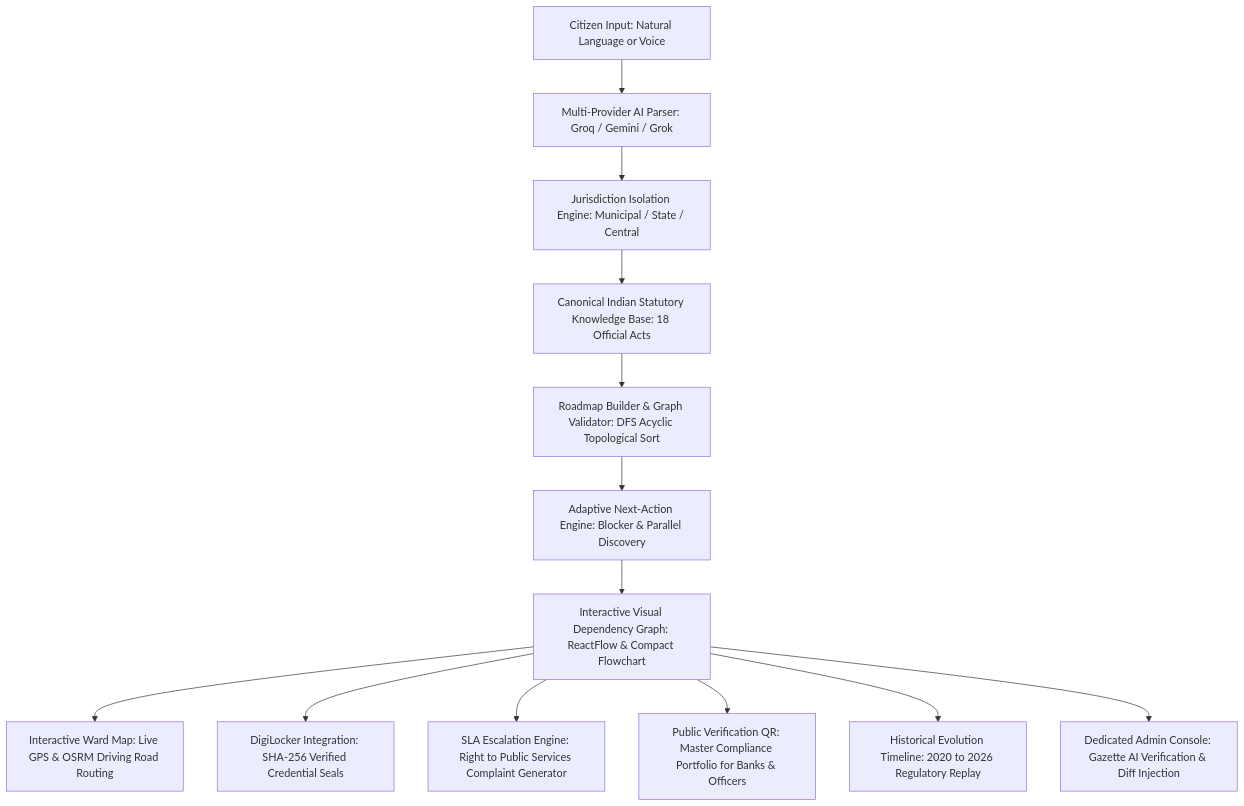
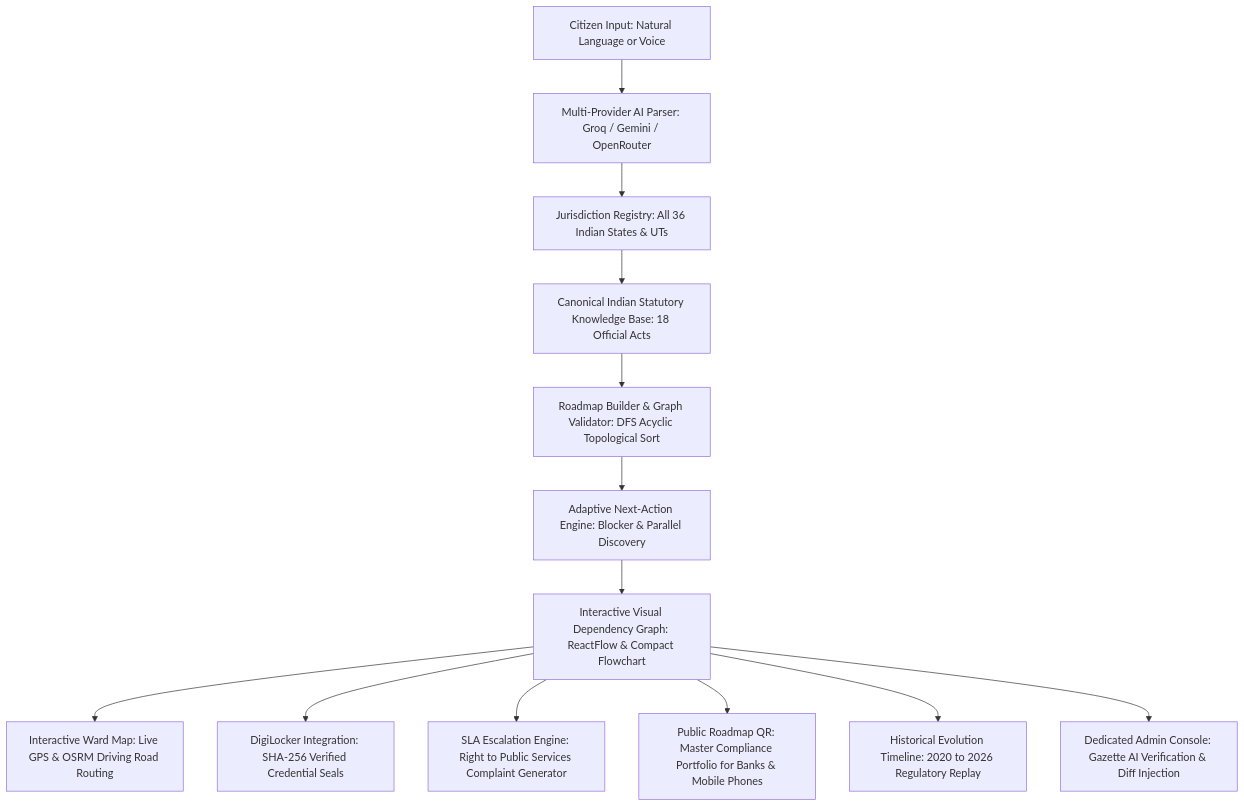
Before and after one commit to thecodesofshreya07/DishaSaathi: the diagram in docs/COMPLETE_PROJECT_GUIDE.md, drawn with Mermaid. The commit also changed other lines of this file and 7 other files, not shown here.

````diff
--- a/docs/COMPLETE_PROJECT_GUIDE.md
+++ b/docs/COMPLETE_PROJECT_GUIDE.md
@@ -45,15 +47,15 @@
 ```mermaid
 graph TD
-    A[Citizen Input: Natural Language or Voice] --> B[Multi-Provider AI Parser: Groq / Gemini / Grok]
-    B --> C[Jurisdiction Isolation Engine: Municipal / State / Central]
+    A[Citizen Input: Natural Language or Voice] --> B[Multi-Provider AI Parser: Groq / Gemini / OpenRouter]
+    B --> C[Jurisdiction Registry: All 36 Indian States & UTs]
     C --> D[Canonical Indian Statutory Knowledge Base: 18 Official Acts]
     D --> E[Roadmap Builder & Graph Validator: DFS Acyclic Topological Sort]
     E --> F[Adaptive Next-Action Engine: Blocker & Parallel Discovery]
     F --> G[Interactive Visual Dependency Graph: ReactFlow & Compact Flowchart]
     G --> H[Interactive Ward Map: Live GPS & OSRM Driving Road Routing]
     G --> I[DigiLocker Integration: SHA-256 Verified Credential Seals]
     G --> J[SLA Escalation Engine: Right to Public Services Complaint Generator]
-    G --> K[Public Verification QR: Master Compliance Portfolio for Banks & Officers]
+    G --> K[Public Roadmap QR: Master Compliance Portfolio for Banks & Mobile Phones]
     G --> L[Historical Evolution Timeline: 2020 to 2026 Regulatory Replay]
     G --> M[Dedicated Admin Console: Gazette AI Verification & Diff Injection]
 ```
````
